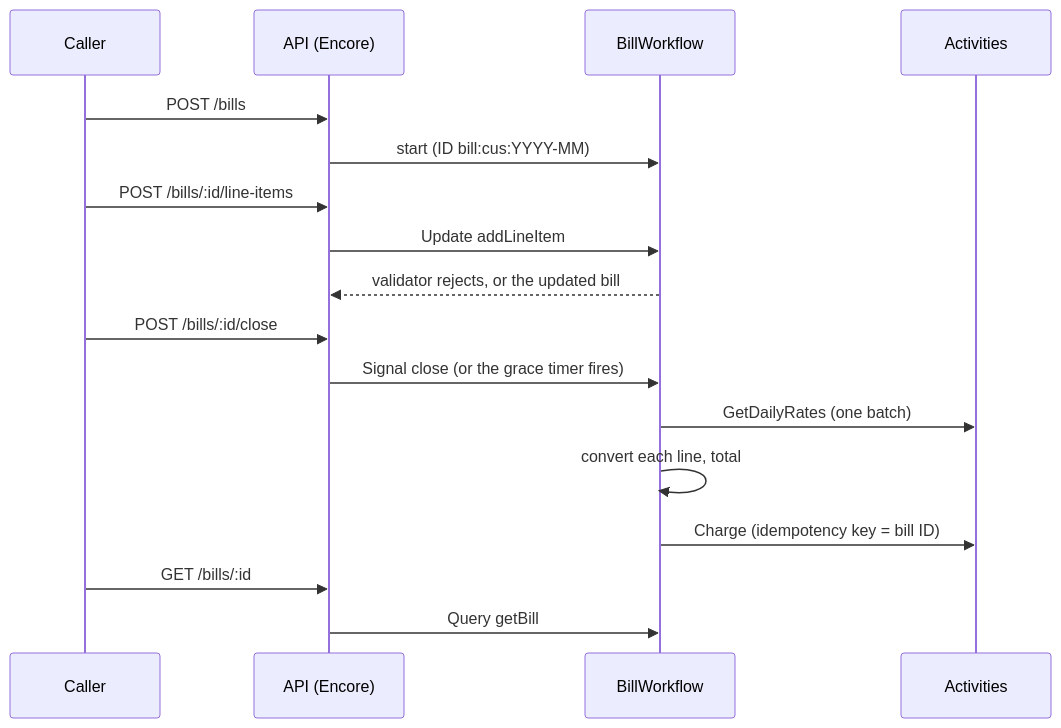
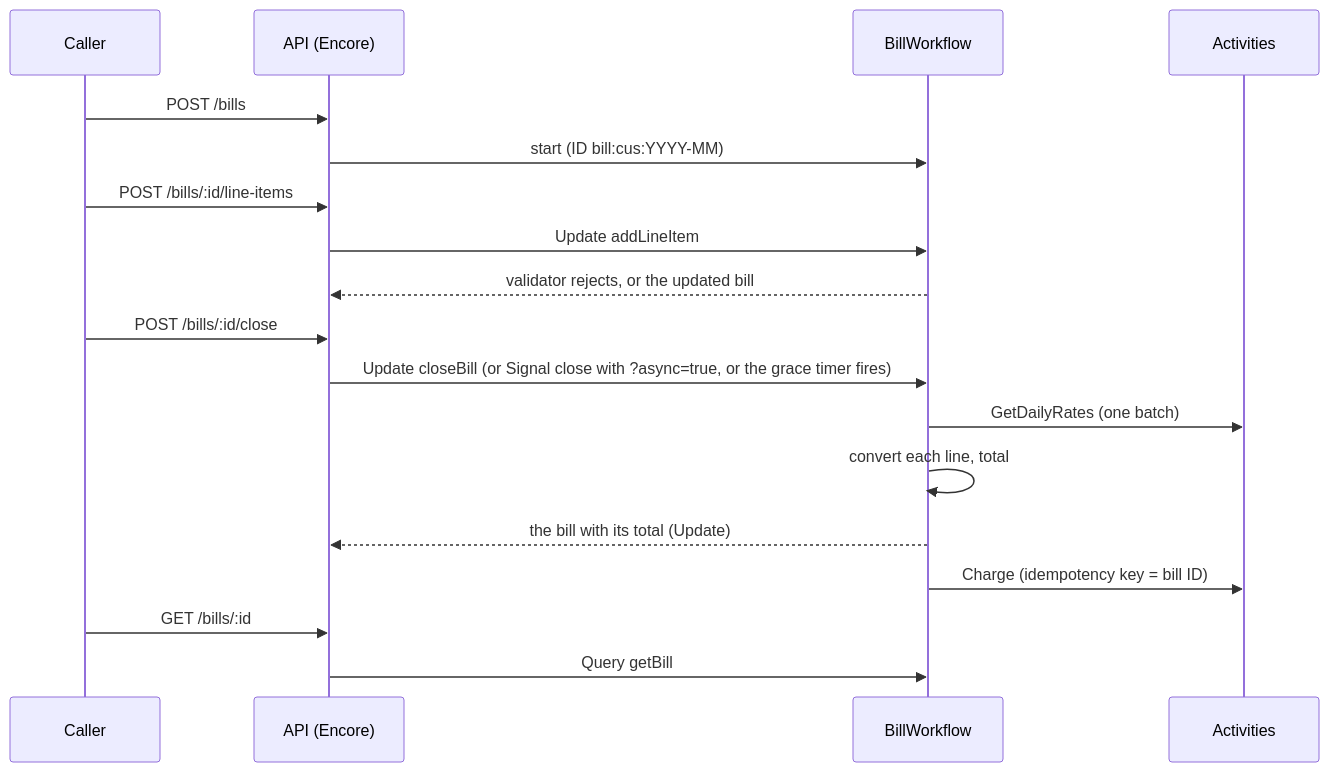
One commit to rauf/fees-service changed the diagram in README.md. Above: the diagram before and after it, drawn with Mermaid. The commit also changed other lines of this file and 15 other files, not shown here.

````diff
--- a/README.md
+++ b/README.md
@@ -82,19 +83,20 @@
 ```mermaid
 sequenceDiagram
     participant C as Caller
     participant A as API (Encore)
     participant W as BillWorkflow
     participant X as Activities
     C->>A: POST /bills
     A->>W: start (ID bill:cus:YYYY-MM)
     C->>A: POST /bills/:id/line-items
     A->>W: Update addLineItem
     W-->>A: validator rejects, or the updated bill
     C->>A: POST /bills/:id/close
-    A->>W: Signal close (or the grace timer fires)
+    A->>W: Update closeBill (or Signal close with ?async=true, or the grace timer fires)
     W->>X: GetDailyRates (one batch)
     W->>W: convert each line, total
+    W-->>A: the bill with its total (Update)
     W->>X: Charge (idempotency key = bill ID)
     C->>A: GET /bills/:id
     A->>W: Query getBill
 ```
````
